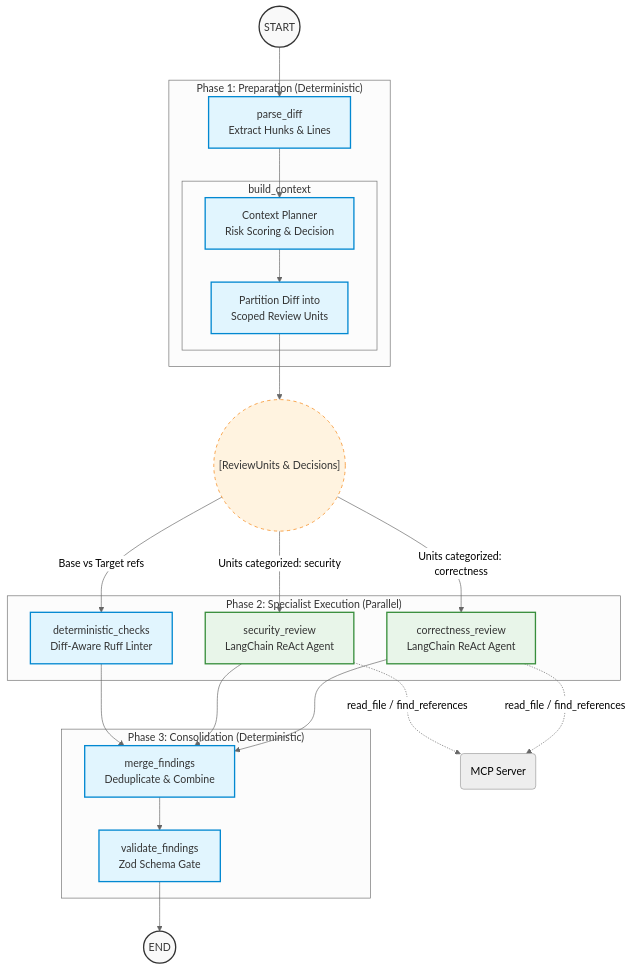
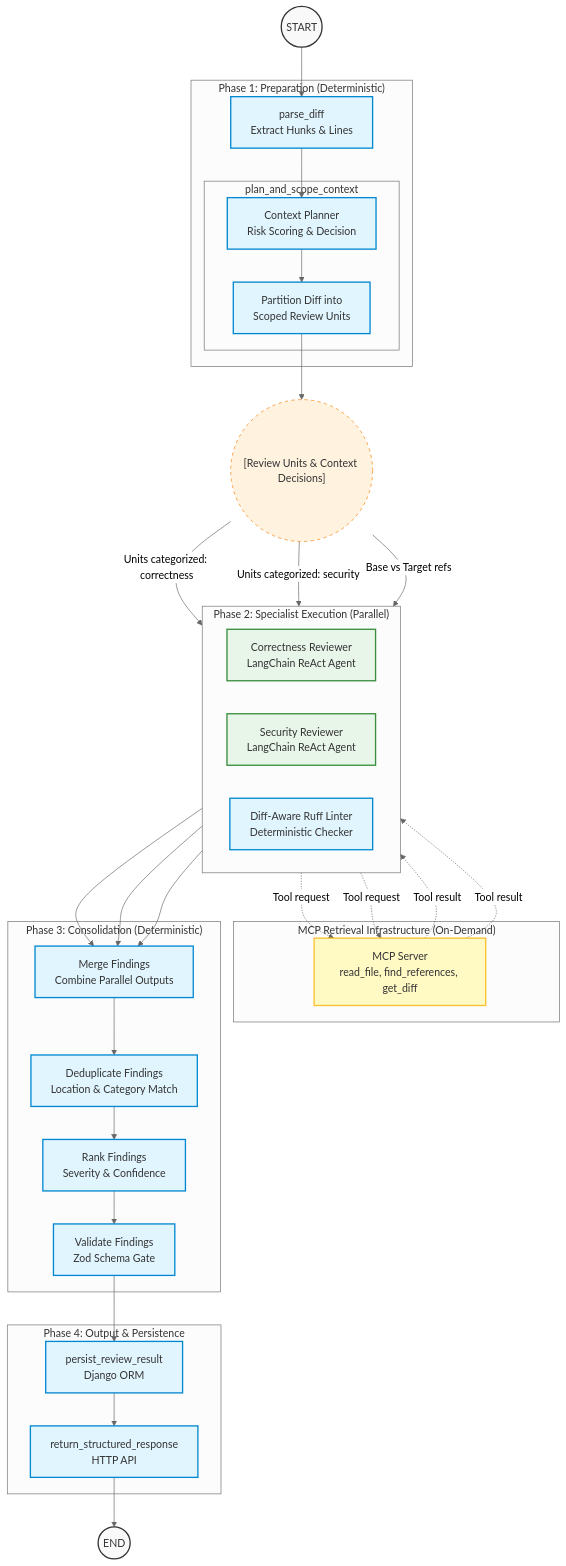
The diagram in DESIGN.md (dhananjaysr26/code-sentinel-ai), drawn with Mermaid (neutral theme) before and after one commit. The commit also changed other lines of this file and 57 other files, not shown here.

````diff
--- a/DESIGN.md
+++ b/DESIGN.md
@@ -14,56 +14,77 @@
 ```mermaid
 flowchart TD
     %% Node Styling
     classDef start_end fill:#f9f9f9,stroke:#333,stroke-width:2px,color:#333
     classDef deterministic fill:#e1f5fe,stroke:#0288d1,stroke-width:2px,color:#333
     classDef react_agent fill:#e8f5e9,stroke:#388e3c,stroke-width:2px,color:#333
+    classDef mcp_sys fill:#fff9c4,stroke:#fbc02d,stroke-width:2px,color:#333
     classDef data_flow fill:#fff3e0,stroke:#f57c00,stroke-width:1px,color:#333,stroke-dasharray: 5 5
 
     %% Graph Nodes
     START((START)):::start_end
     END_NODE((END)):::start_end
 
     subgraph Preparation Phase ["Phase 1: Preparation (Deterministic)"]
         ParseDiff[parse_diff<br/>Extract Hunks & Lines]:::deterministic
         
-        subgraph BuildContext ["build_context"]
+        subgraph PlanScope ["plan_and_scope_context"]
             Planner[Context Planner<br/>Risk Scoring & Decision]:::deterministic
             Partition[Partition Diff into<br/>Scoped Review Units]:::deterministic
         end
     end
 
     subgraph Specialist Phase ["Phase 2: Specialist Execution (Parallel)"]
-        Correctness[correctness_review<br/>LangChain ReAct Agent]:::react_agent
-        Security[security_review<br/>LangChain ReAct Agent]:::react_agent
-        Linter[deterministic_checks<br/>Diff-Aware Ruff Linter]:::deterministic
+        direction LR
+        Correctness[Correctness Reviewer<br/>LangChain ReAct Agent]:::react_agent
+        Security[Security Reviewer<br/>LangChain ReAct Agent]:::react_agent
+        Linter[Diff-Aware Ruff Linter<br/>Deterministic Checker]:::deterministic
+    end
+
+    subgraph Retrieval Phase ["MCP Retrieval Infrastructure (On-Demand)"]
+        MCPServer[MCP Server<br/>read_file, find_references, get_diff]:::mcp_sys
     end
 
     subgraph Consolidation Phase ["Phase 3: Consolidation (Deterministic)"]
-        Merge[merge_findings<br/>Deduplicate & Combine]:::deterministic
-        Validate[validate_findings<br/>Zod Schema Gate]:::deterministic
+        Merge[Merge Findings<br/>Combine Parallel Outputs]:::deterministic
+        Dedupe[Deduplicate Findings<br/>Location & Category Match]:::deterministic
+        Rank[Rank Findings<br/>Severity & Confidence]:::deterministic
+        Validate[Validate Findings<br/>Zod Schema Gate]:::deterministic
     end
 
-    %% Data Flow Nodes (Invisible logically, used for illustration)
-    ReviewUnits(("[ReviewUnits & Decisions]")):::data_flow
+    subgraph Infrastructure ["Phase 4: Output & Persistence"]
+        Persist[persist_review_result<br/>Django ORM]:::deterministic
+        Return[return_structured_response<br/>HTTP API]:::deterministic
+    end
+
+    %% Data Flow Nodes
+    ReviewUnits(("[Review Units & Context Decisions]")):::data_flow
 
     %% Edges
     START --> ParseDiff
     ParseDiff --> Planner
     Planner --> Partition
     Partition --> ReviewUnits
     
     ReviewUnits -->|Units categorized: correctness| Correctness
     ReviewUnits -->|Units categorized: security| Security
     ReviewUnits -->|Base vs Target refs| Linter
     
+    %% MCP Tool Loop
+    Correctness -.->|Tool request| MCPServer
+    MCPServer -.->|Tool result| Correctness
+    Security -.->|Tool request| MCPServer
+    MCPServer -.->|Tool result| Security
+    
+    %% Output to Consolidation
     Correctness --> Merge
     Security --> Merge
     Linter --> Merge
     
-    Merge --> Validate
-    Validate --> END_NODE
-
-    %% Tool Loop Detail (Optional Callouts)
-    Correctness -.->|read_file / find_references| MCP(MCP Server)
-    Security -.->|read_file / find_references| MCP
+    Merge --> Dedupe
+    Dedupe --> Rank
+    Rank --> Validate
+    
+    Validate --> Persist
+    Persist --> Return
+    Return --> END_NODE
 ```
````
